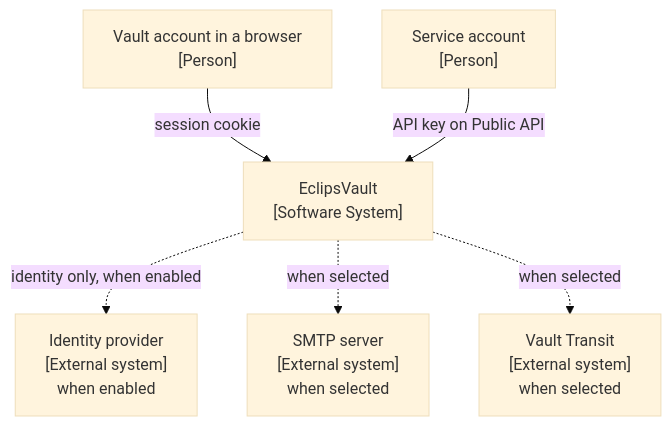
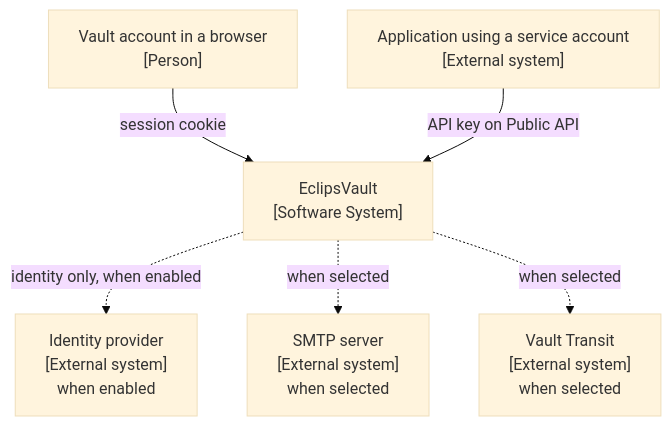
Before and after one commit to sabysabashvily/EclipsVault: the first of 5 diagrams in docs/presentation/defence-draft/diagrams.md, drawn with Mermaid (base theme). The commit also changed other lines of this file and 7 other files, not shown here.

First line of the commit message:
Draw runtime containers and an external service account

````diff
--- a/docs/presentation/defence-draft/diagrams.md
+++ b/docs/presentation/defence-draft/diagrams.md
@@ -24,15 +26,16 @@
 ```mermaid
+%%{init: {"flowchart": {"wrappingWidth": 560}} }%%
 flowchart TB
   person["Vault account in a browser<br/>[Person]"]
-  service["Service account<br/>[Person]"]
+  service["Application using a service account<br/>[External system]"]
   vault["EclipsVault<br/>[Software System]"]
   idp["Identity provider<br/>[External system]<br/>when enabled"]
   smtp["SMTP server<br/>[External system]<br/>when selected"]
   kms["Vault Transit<br/>[External system]<br/>when selected"]
 
   person -->|session cookie| vault
   service -->|API key on Public API| vault
   vault -.->|identity only, when enabled| idp
   vault -.->|when selected| smtp
   vault -.->|when selected| kms
 ```
````
